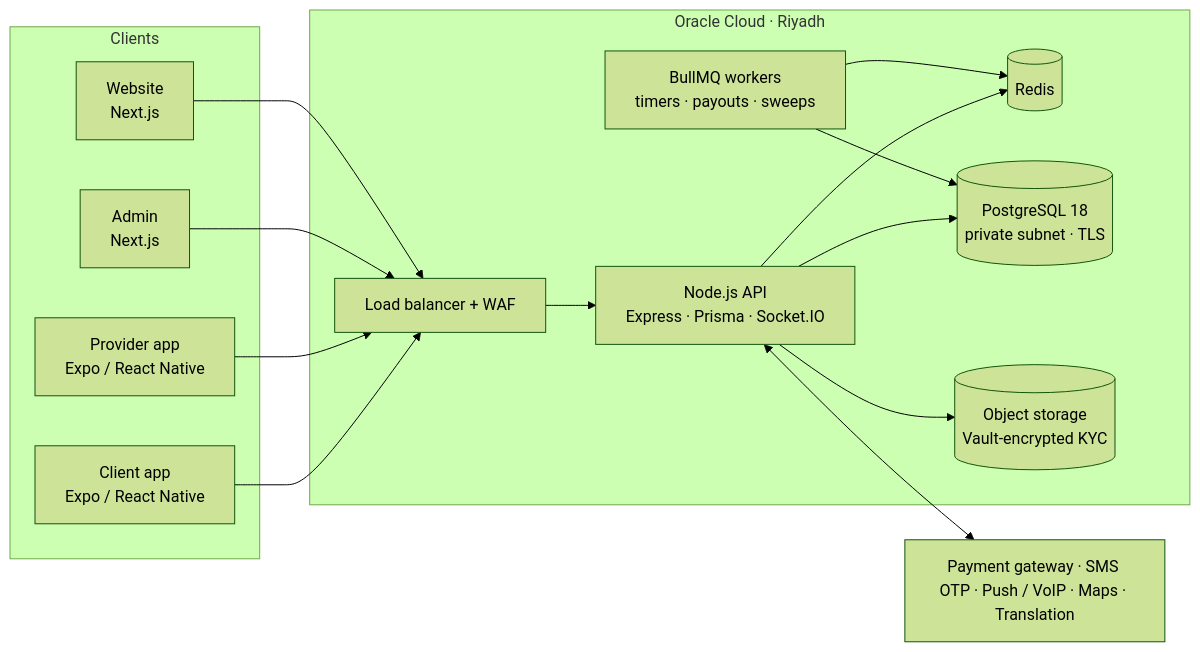
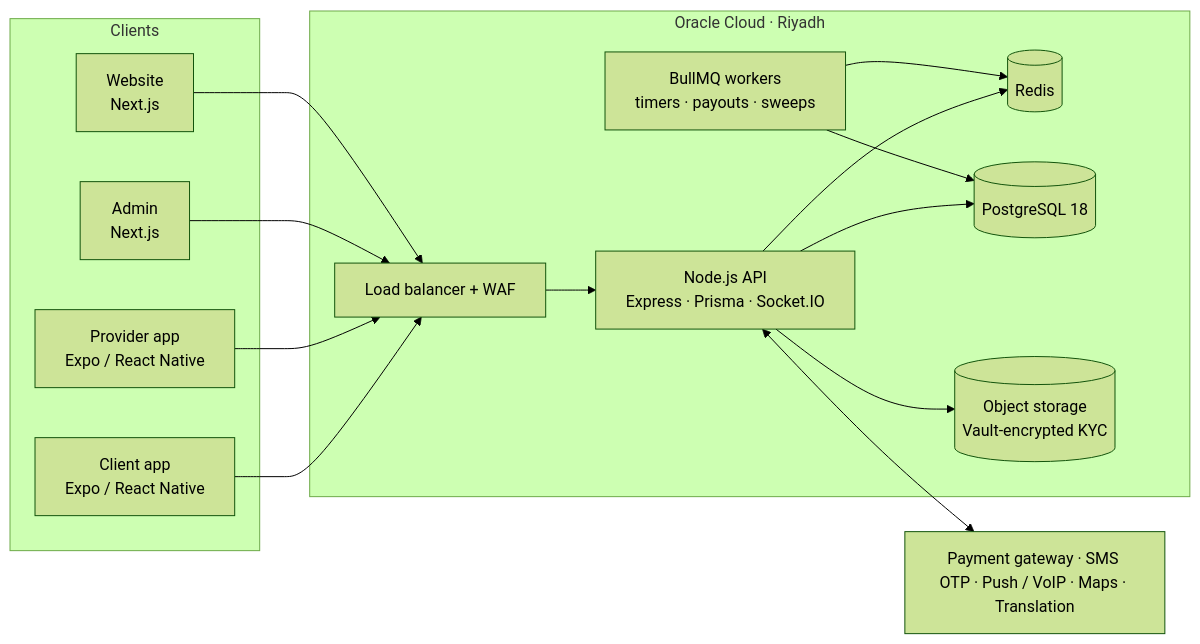
One commit to Hazem-Salama/case-studies changed the first of 4 diagrams in sandlee/README.md. Above: the diagram before and after it, drawn with Mermaid (forest theme). The commit also changed other lines of this file and 12 other files, not shown here.

Commit message:
Sandlee: banners, screenshots, architecture diagrams and decision table, Arabic version

````diff
--- a/sandlee/README.md
+++ b/sandlee/README.md
@@ -49,22 +56,22 @@
 ```mermaid
 flowchart LR
     subgraph Clients
       CA[Client app<br/>Expo / React Native]
       PA[Provider app<br/>Expo / React Native]
       AD[Admin<br/>Next.js]
       WB[Website<br/>Next.js]
     end
     subgraph OCI["Oracle Cloud · Riyadh"]
       LB[Load balancer + WAF]
       API[Node.js API<br/>Express · Prisma · Socket.IO]
       Q[BullMQ workers<br/>timers · payouts · sweeps]
       R[(Redis)]
-      DB[(PostgreSQL 18<br/>private subnet · TLS)]
+      DB[(PostgreSQL 18)]
       OS[(Object storage<br/>Vault-encrypted KYC)]
     end
     EXT[Payment gateway · SMS OTP · Push / VoIP · Maps · Translation]
     CA & PA & AD & WB --> LB --> API
     API --> DB & R & OS
     Q --> DB & R
     API <--> EXT
 ```
````
